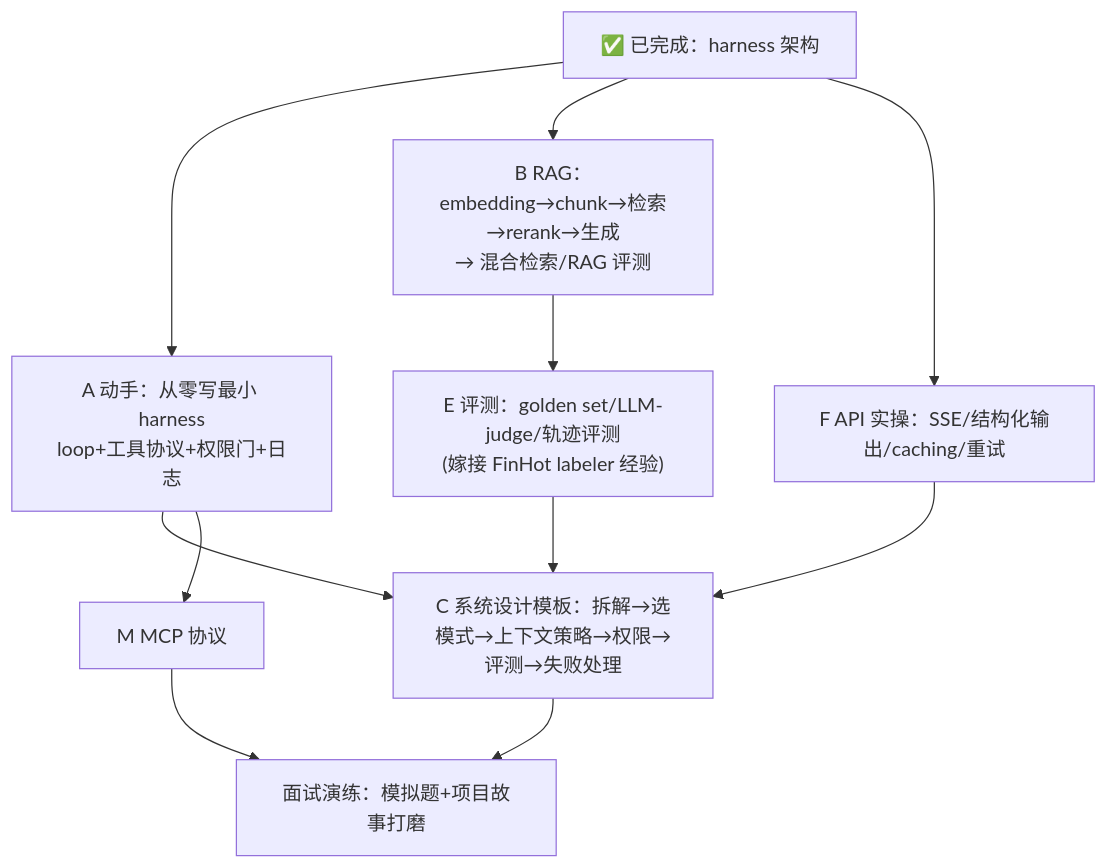
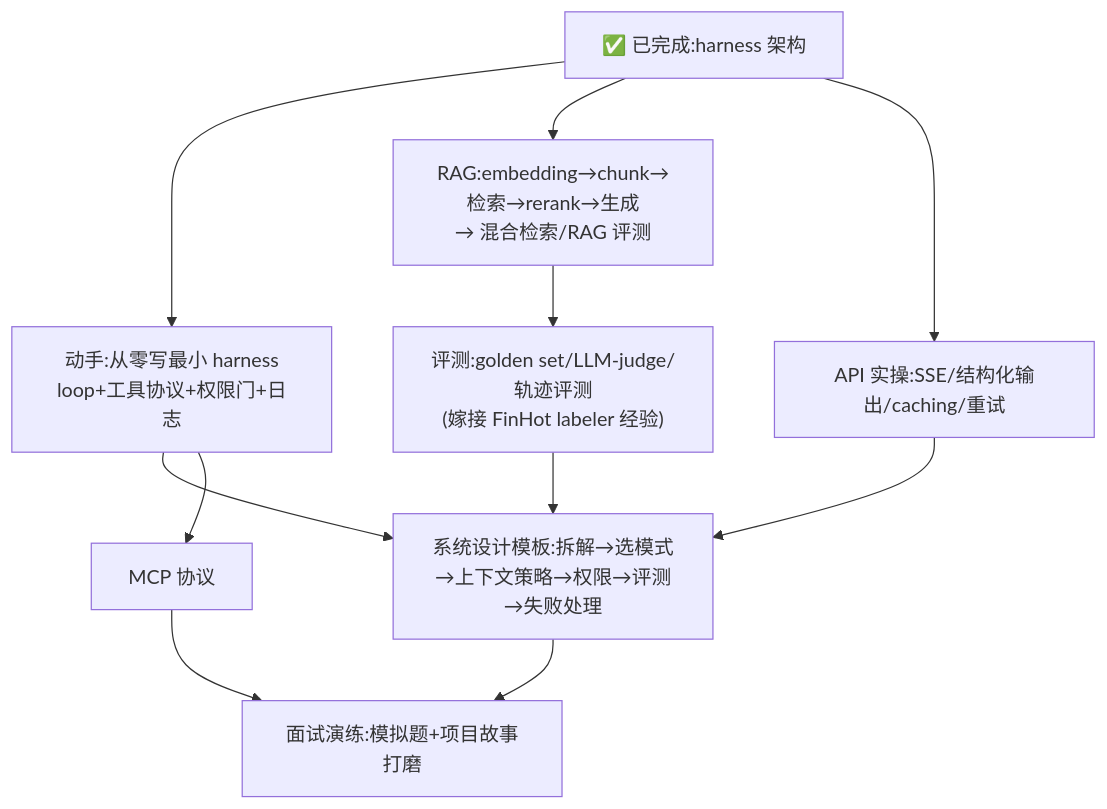
The second of 2 diagrams in notes/agent-harness.md (zo0043/learn-agent-harness), drawn with Mermaid before and after one commit. The commit also changed other lines of this file and 50 other files, not shown here.

````diff
--- a/notes/agent-harness.md
+++ b/notes/agent-harness.md
@@ -396,13 +396,13 @@
 ```mermaid
 graph TD
-  H["✅ 已完成：harness 架构"] --> A["A 动手：从零写最小 harness<br/>loop+工具协议+权限门+日志"]
-  H --> B["B RAG：embedding→chunk→检索→rerank→生成<br/>→ 混合检索/RAG 评测"]
-  H --> F["F API 实操：SSE/结构化输出/caching/重试"]
-  B --> E["E 评测：golden set/LLM-judge/轨迹评测<br/>(嫁接 FinHot labeler 经验)"]
-  A --> C["C 系统设计模板：拆解→选模式→上下文策略→权限→评测→失败处理"]
+  H["✅ 已完成:harness 架构"] --> A["动手:从零写最小 harness<br/>loop+工具协议+权限门+日志"]
+  H --> B["RAG:embedding→chunk→检索→rerank→生成<br/>→ 混合检索/RAG 评测"]
+  H --> F["API 实操:SSE/结构化输出/caching/重试"]
+  B --> E["评测:golden set/LLM-judge/轨迹评测<br/>(嫁接 FinHot labeler 经验)"]
+  A --> C["系统设计模板:拆解→选模式→上下文策略→权限→评测→失败处理"]
   E --> C
   F --> C
-  A --> M["M MCP 协议"]
-  C --> Z["面试演练：模拟题+项目故事打磨"]
+  A --> M["MCP 协议"]
+  C --> Z["面试演练:模拟题+项目故事打磨"]
   M --> Z
 ```
````
